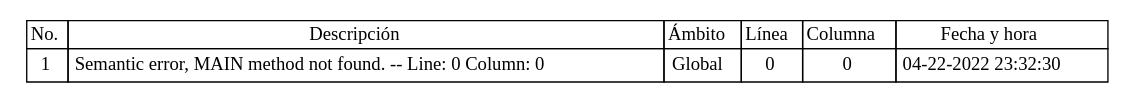
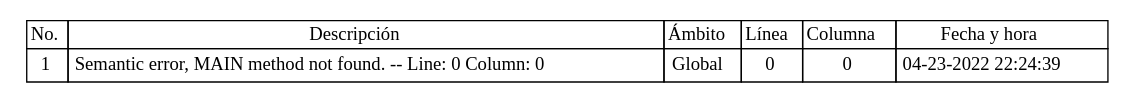
The diagram in Back/Web/tablas/tablaErrores.dot (Jodyannre/COMPI2_proyecto2_2022), drawn with Graphviz before and after one commit. The commit also changed 24 other files, not shown here.

```diff
--- a/Back/Web/tablas/tablaErrores.dot
+++ b/Back/Web/tablas/tablaErrores.dot
@@ -1,36 +1,36 @@
 
 	digraph {
 		tablaSimbolos [
 		  shape=plaintext
 		  label=<
 			<table border='0' cellborder='1' color='black' cellspacing='0'>
 			  <tr>
 				  <td>No.</td>
 				  <td>Descripción</td>
 				  <td>Ámbito</td>
 				  <td>Línea</td>
 				  <td>Columna</td>
 				  <td>Fecha y hora</td>
 			  </tr>
 	
 <tr>
 <td cellpadding='4'>
 1
 </td>
 <td cellpadding='4'>Semantic error, MAIN method not found. -- Line: 0 Column: 0
 </td>
 <td cellpadding='4'>Global
 </td>
 <td cellpadding='4'>0
 </td>
 <td cellpadding='4'>
 0
 </td>
 <td cellpadding='4'>
-04-22-2022 23:32:30
+04-23-2022 22:24:39
 </td>
 </tr>
 
 		</table>
 		>];
 	}
```
